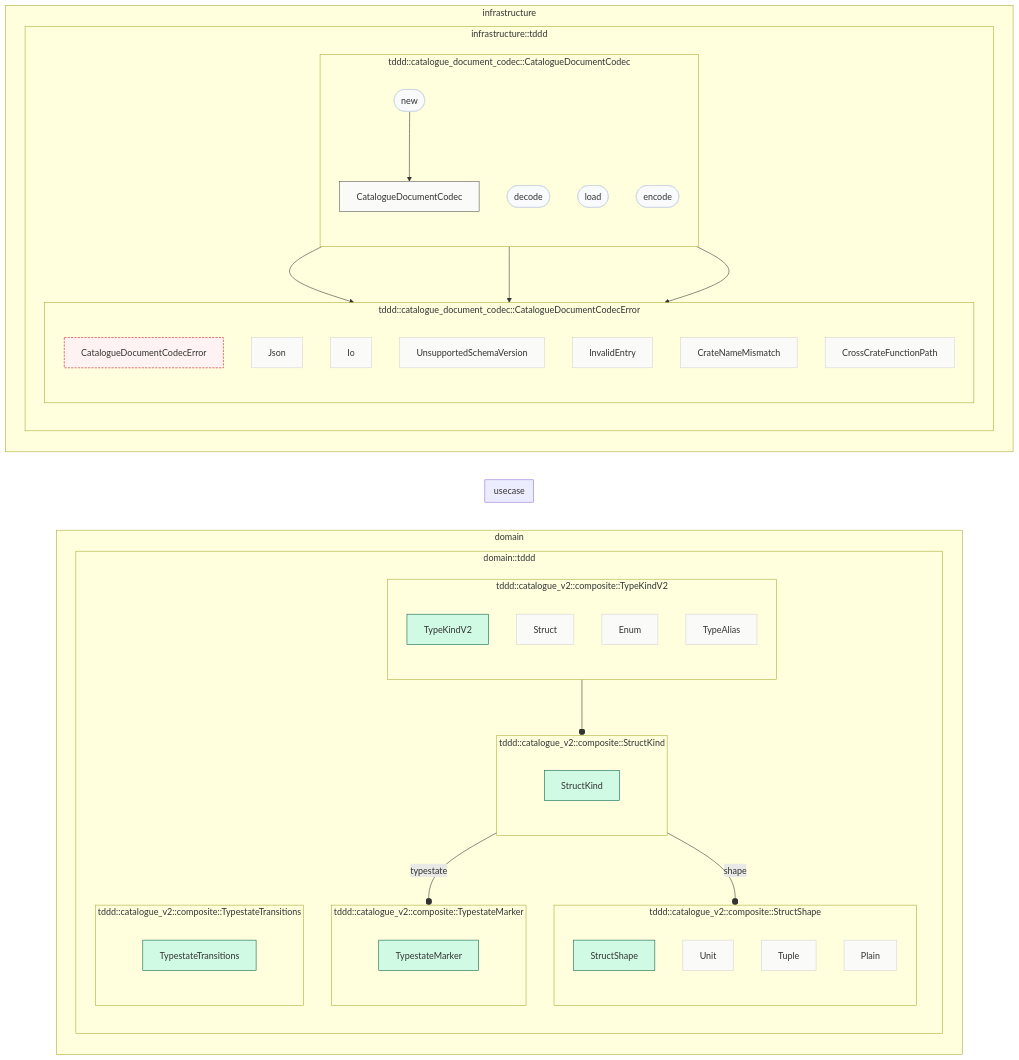
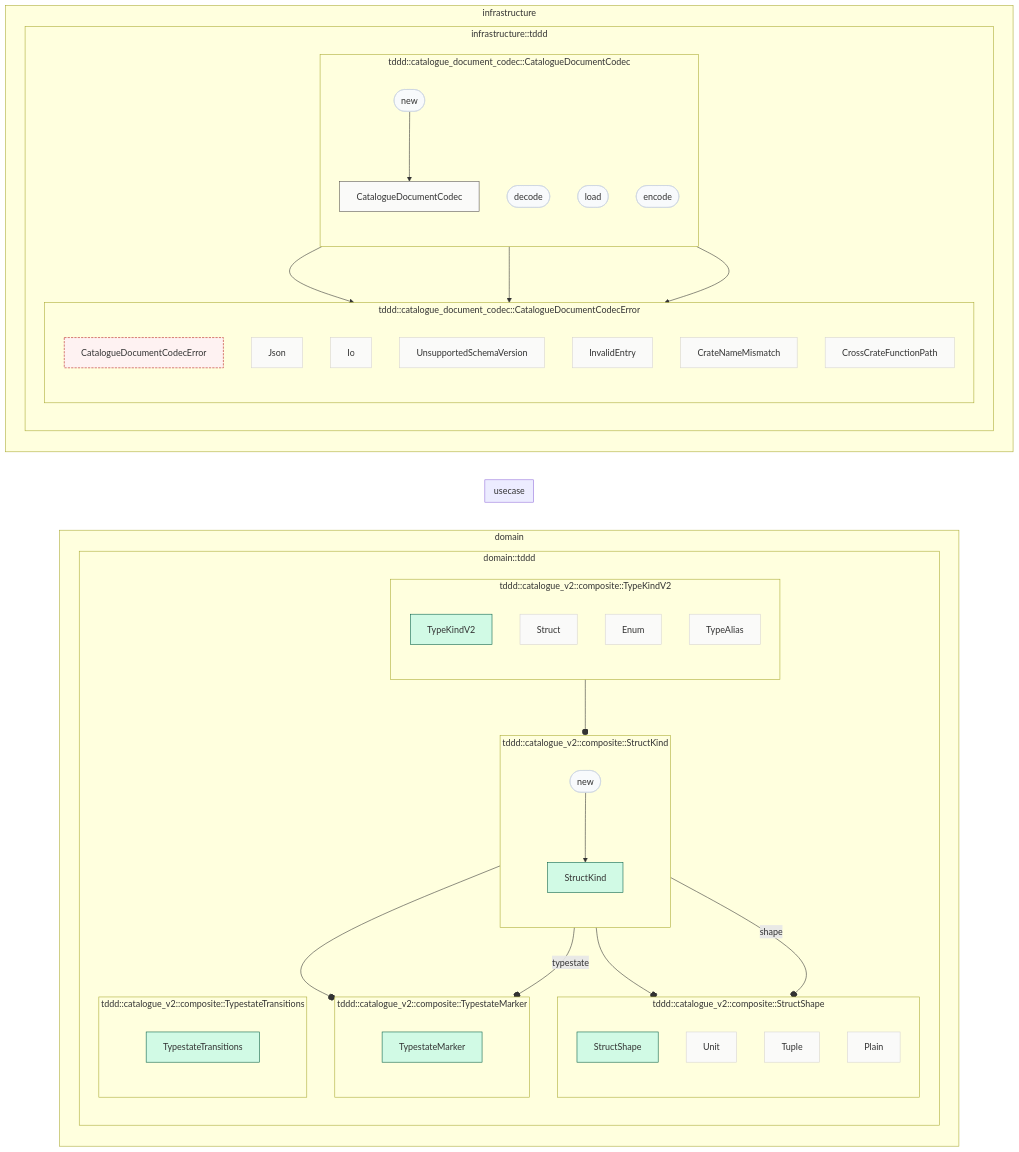
Before and after one commit to Flip451/SoTOHE-core: the diagram in track/items/typestate-struct-kind-orthogonal-2026-05-26/contract-map.md, drawn with Mermaid. The commit also changed 52 other files, not shown here.

```diff
--- a/track/items/typestate-struct-kind-orthogonal-2026-05-26/contract-map.md
+++ b/track/items/typestate-struct-kind-orthogonal-2026-05-26/contract-map.md
@@ -30,6 +30,7 @@
   subgraph T24_domain_domain_StructKind["tddd::catalogue_v2::composite::StructKind"]
     direction TB
     T24_domain_domain_StructKind__self[StructKind]
+    T24_domain_domain_StructKind_new([new])
   end
   subgraph T25_domain_domain_StructShape["tddd::catalogue_v2::composite::StructShape"]
     direction TB
@@ -82,6 +83,9 @@
   end
   end
 end
+T24_domain_domain_StructKind_new --o T25_domain_domain_StructShape__self
+T24_domain_domain_StructKind_new --o T29_domain_domain_TypestateMarker__self
+T24_domain_domain_StructKind_new --> T24_domain_domain_StructKind__self
 T24_domain_domain_StructKind__self --o|shape| T25_domain_domain_StructShape__self
 T24_domain_domain_StructKind__self --o|typestate| T29_domain_domain_TypestateMarker__self
 T24_domain_domain_TypeKindV2_Struct --o T24_domain_domain_StructKind__self
@@ -89,6 +93,7 @@
 T52_infrastructure_infrastructure_CatalogueDocumentCodec_decode --> T57_infrastructure_infrastructure_CatalogueDocumentCodecError__self
 T52_infrastructure_infrastructure_CatalogueDocumentCodec_load --> T57_infrastructure_infrastructure_CatalogueDocumentCodecError__self
 T52_infrastructure_infrastructure_CatalogueDocumentCodec_encode --> T57_infrastructure_infrastructure_CatalogueDocumentCodecError__self
+class T24_domain_domain_StructKind_new method_node
 class T24_domain_domain_StructKind__self value_object
 class T25_domain_domain_StructShape_Unit variant_node
 class T25_domain_domain_StructShape_Tuple variant_node
```
